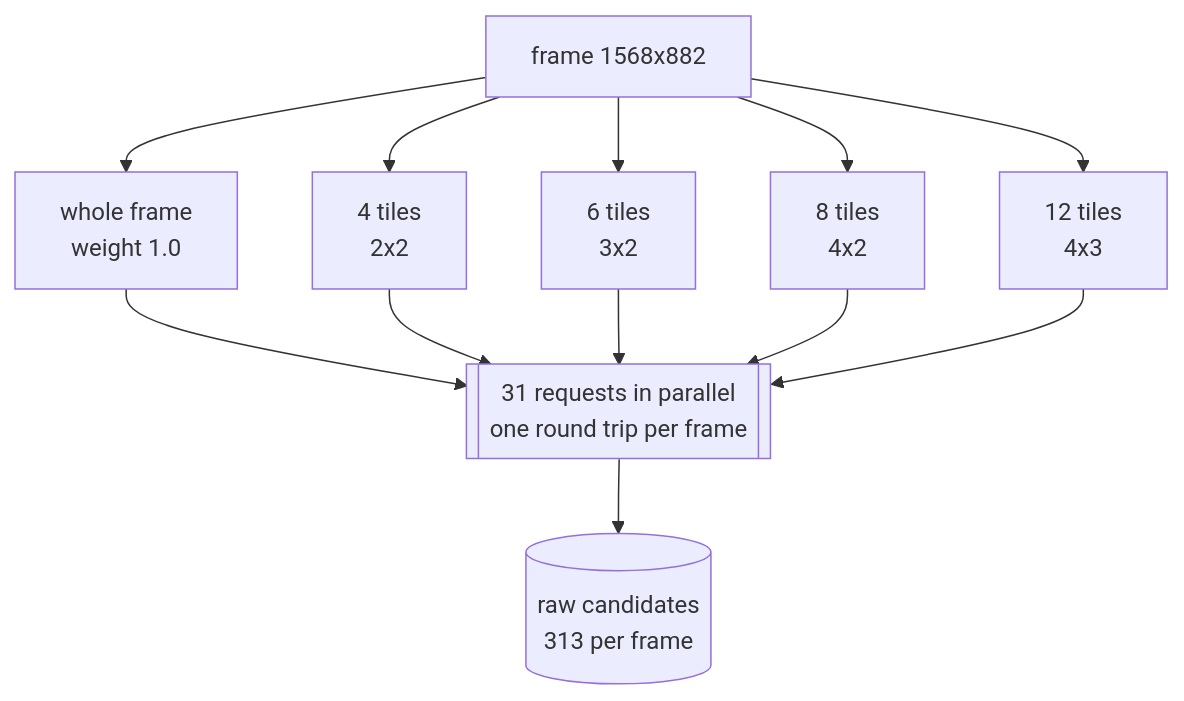
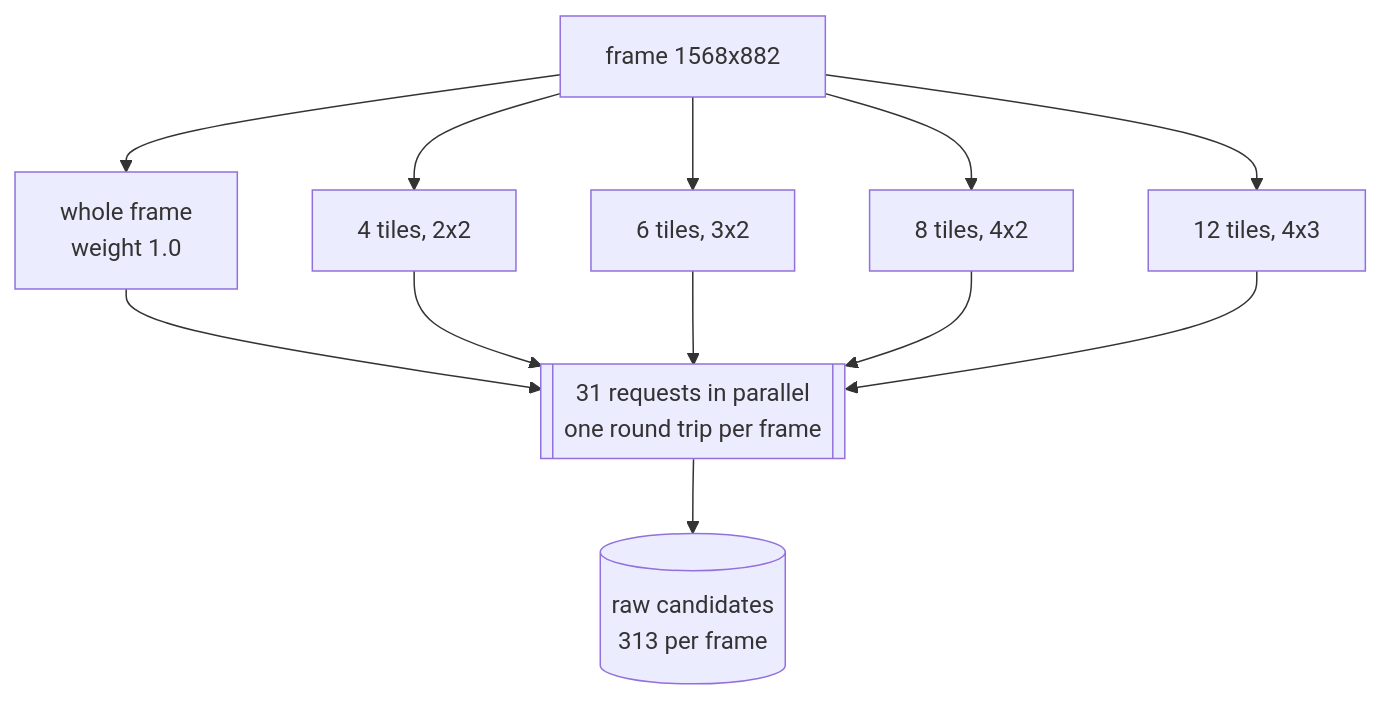
One commit to Amr-devman/jev-self-driving-vision-demo changed the fourth of 5 diagrams in README.md. Above: the diagram before and after it, drawn with Mermaid. The commit also changed other lines of this file, not shown here.

Commit message:
README: mermaid-safe labels, title matches repo name

````diff
--- a/README.md
+++ b/README.md
@@ -130,14 +130,14 @@
 ```mermaid
 flowchart TB
-    F[frame 1568x882] --> L0[whole frame<br/>weight 1.0]
-    F --> G4[4 tiles<br/>2x2]
-    F --> G6[6 tiles<br/>3x2]
-    F --> G8[8 tiles<br/>4x2]
-    F --> G12[12 tiles<br/>4x3]
-    L0 --> P[[31 requests in parallel<br/>one round trip per frame]]
+    F[frame 1568x882] --> L0["whole frame<br/>weight 1.0"]
+    F --> G4["4 tiles, 2x2"]
+    F --> G6["6 tiles, 3x2"]
+    F --> G8["8 tiles, 4x2"]
+    F --> G12["12 tiles, 4x3"]
+    L0 --> P[["31 requests in parallel<br/>one round trip per frame"]]
     G4 --> P
     G6 --> P
     G8 --> P
     G12 --> P
-    P --> C[(raw candidates<br/>313 per frame)]
+    P --> C[("raw candidates<br/>313 per frame")]
 ```
````
